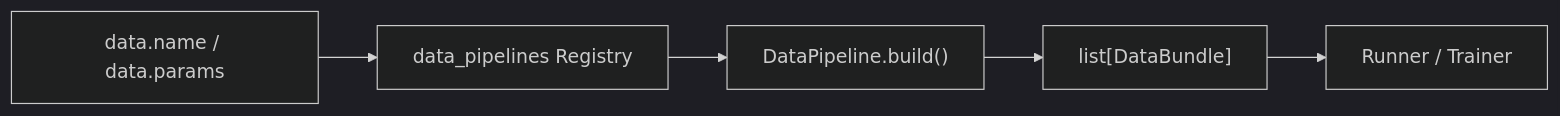
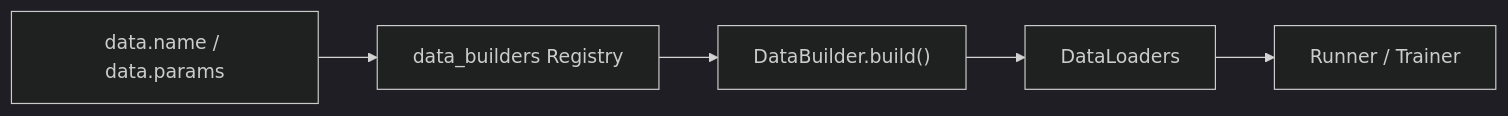
One commit to supermassiveasshole/stochaflow changed the diagram in docs/configuration/data-pipeline.md. Above: the diagram before and after it, drawn with Mermaid (dark theme). The commit also changed other lines of this file and 44 other files, not shown here.

Commit message:
Simplify data builder abstraction

````diff
--- a/docs/configuration/data-pipeline.md
+++ b/docs/configuration/data-pipeline.md
@@ -7,7 +6,7 @@
 ```mermaid
 flowchart LR
-    A["data.name / data.params"] --> B["data_pipelines Registry"]
-    B --> C["DataPipeline.build()"]
-    C --> D["list[DataBundle]"]
+    A["data.name / data.params"] --> B["data_builders Registry"]
+    B --> C["DataBuilder.build()"]
+    C --> D["DataLoaders"]
     D --> E["Runner / Trainer"]
 ```
````
